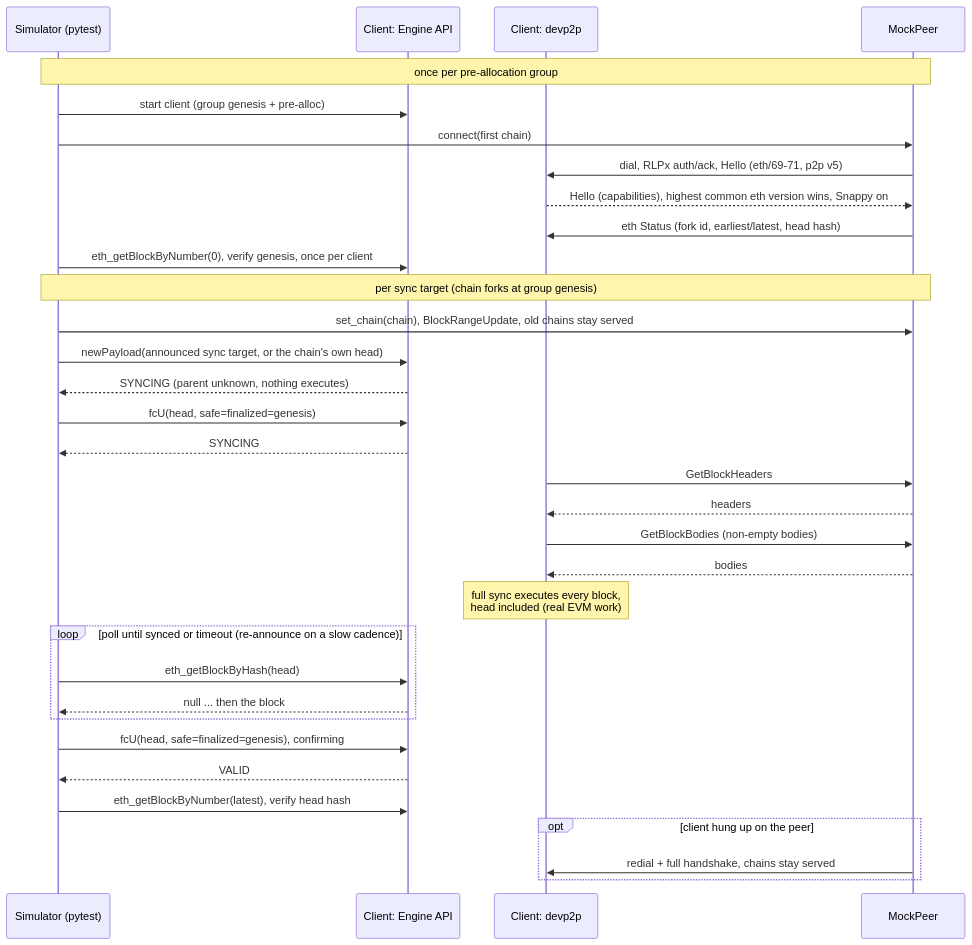
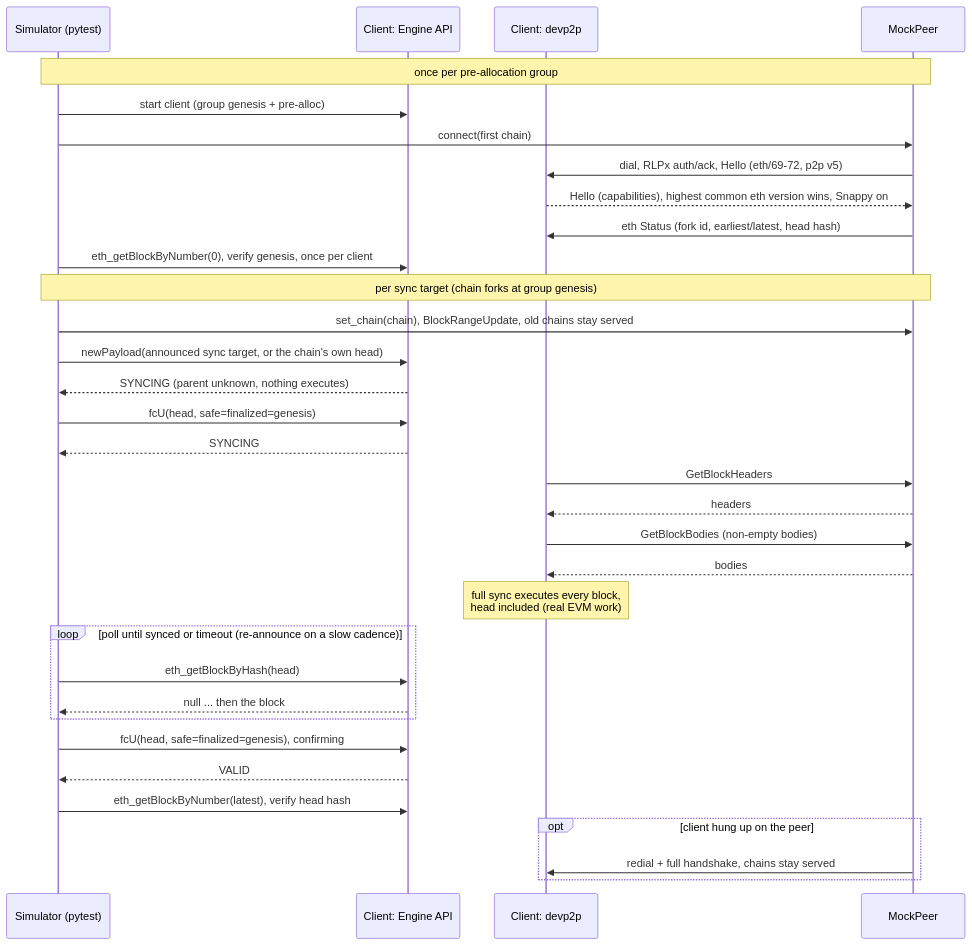
One commit to ethereum/execution-specs changed the diagram in docs/running_tests/consume/wirex.md. Above: the diagram before and after it, drawn with Mermaid. The commit also changed other lines of this file and 2 other files, not shown here.

Commit message:
feat(test-consume): speak eth/72 in the wirex peer
eth/72 (EIP-8070) only changes how blob transactions propagate through
the mempool. The peer announces no transactions, so the version shares
the eth/71 request handling and only the advertised set grows. With
the default `--wirex-eth-version auto`, a client that speaks eth/72 now
negotiates it instead of eth/71. The WireX page and the protocol tests
follow.

````diff
--- a/docs/running_tests/consume/wirex.md
+++ b/docs/running_tests/consume/wirex.md
@@ -38,38 +38,38 @@
 ```mermaid
 sequenceDiagram
     participant S as Simulator (pytest)
     participant E as Client: Engine API
     participant D as Client: devp2p
     participant P as MockPeer
 
     note over S,P: once per pre-allocation group
     S->>E: start client (group genesis + pre-alloc)
     S->>P: connect(first chain)
-    P->>D: dial, RLPx auth/ack, Hello (eth/69-71, p2p v5)
+    P->>D: dial, RLPx auth/ack, Hello (eth/69-72, p2p v5)
     D-->>P: Hello (capabilities), highest common eth version wins, Snappy on
     P->>D: eth Status (fork id, earliest/latest, head hash)
     S->>E: eth_getBlockByNumber(0), verify genesis, once per client
 
     note over S,P: per sync target (chain forks at group genesis)
     S->>P: set_chain(chain), BlockRangeUpdate, old chains stay served
     S->>E: newPayload(announced sync target, or the chain's own head)
     E-->>S: SYNCING (parent unknown, nothing executes)
     S->>E: fcU(head, safe=finalized=genesis)
     E-->>S: SYNCING
     D->>P: GetBlockHeaders
     P-->>D: headers
     D->>P: GetBlockBodies (non-empty bodies)
     P-->>D: bodies
     note over D: full sync executes every block,<br/>head included (real EVM work)
     loop poll until synced or timeout (re-announce on a slow cadence)
         S->>E: eth_getBlockByHash(head)
         E-->>S: null ... then the block
     end
     S->>E: fcU(head, safe=finalized=genesis), confirming
     E-->>S: VALID
     S->>E: eth_getBlockByNumber(latest), verify head hash
 
     opt client hung up on the peer
         P->>D: redial + full handshake, chains stay served
     end
 ```
````
